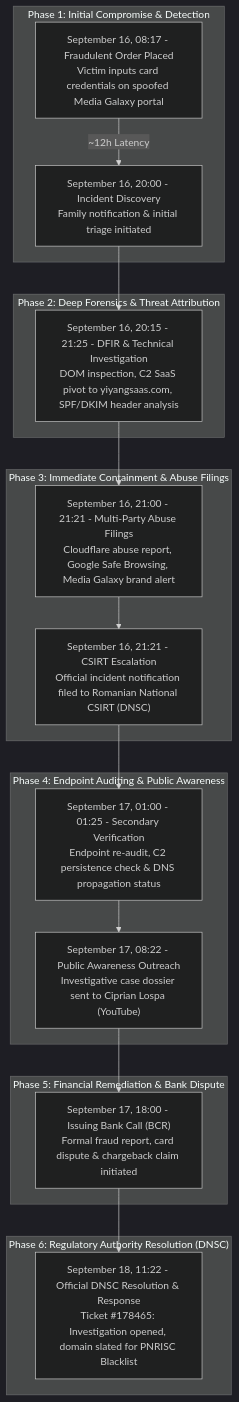
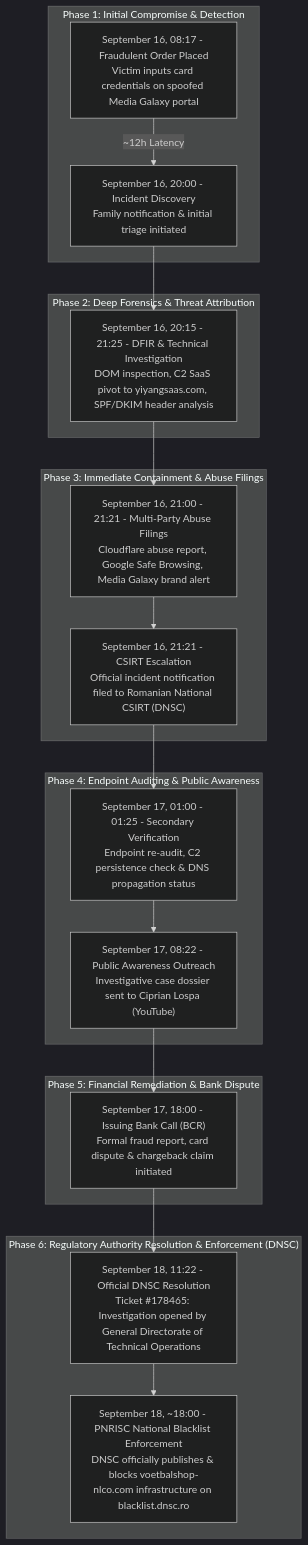
The second of 2 diagrams in cyber/mediagalaxy-ecommerce-fraud-forensics/README.md (stefanutc1/infrastructure), drawn with Mermaid (dark theme) before and after one commit. The commit also changed other lines of this file and 16 other files, not shown here.

Commit message:
feat(cyber): confirm and enforce DNSC PNRISC blacklisting of Media Galaxy phishing cluster (voetbalshop-nlco.com)

````diff
--- a/cyber/mediagalaxy-ecommerce-fraud-forensics/README.md
+++ b/cyber/mediagalaxy-ecommerce-fraud-forensics/README.md
@@ -77,37 +77,39 @@
 ```mermaid
 flowchart TD
     subgraph P1["Phase 1: Initial Compromise & Detection"]
         A["September 16, 08:17 - Fraudulent Order Placed<br/>Victim inputs card credentials on spoofed Media Galaxy portal"]
         B["September 16, 20:00 - Incident Discovery<br/>Family notification & initial triage initiated"]
         A -->|~12h Latency| B
     end
 
     subgraph P2["Phase 2: Deep Forensics & Threat Attribution"]
         C["September 16, 20:15 - 21:25 - DFIR & Technical Investigation<br/>DOM inspection, C2 SaaS pivot to yiyangsaas.com, SPF/DKIM header analysis"]
         B --> C
     end
 
     subgraph P3["Phase 3: Immediate Containment & Abuse Filings"]
         D["September 16, 21:00 - 21:21 - Multi-Party Abuse Filings<br/>Cloudflare abuse report, Google Safe Browsing, Media Galaxy brand alert"]
         E["September 16, 21:21 - CSIRT Escalation<br/>Official incident notification filed to Romanian National CSIRT (DNSC)"]
         C --> D
         D --> E
     end
 
     subgraph P4["Phase 4: Endpoint Auditing & Public Awareness"]
         F["September 17, 01:00 - 01:25 - Secondary Verification<br/>Endpoint re-audit, C2 persistence check & DNS propagation status"]
         G["September 17, 08:22 - Public Awareness Outreach<br/>Investigative case dossier sent to Ciprian Lospa (YouTube)"]
         E --> F
         F --> G
     end
 
     subgraph P5["Phase 5: Financial Remediation & Bank Dispute"]
         H["September 17, 18:00 - Issuing Bank Call (BCR)<br/>Formal fraud report, card dispute & chargeback claim initiated"]
         G --> H
     end
 
-    subgraph P6["Phase 6: Regulatory Authority Resolution (DNSC)"]
-        I["September 18, 11:22 - Official DNSC Resolution & Response<br/>Ticket #178465: Investigation opened, domain slated for PNRISC Blacklist"]
+    subgraph P6["Phase 6: Regulatory Authority Resolution & Enforcement (DNSC)"]
+        I["September 18, 11:22 - Official DNSC Resolution<br/>Ticket #178465: Investigation opened by General Directorate of Technical Operations"]
+        J["September 18, ~18:00 - PNRISC National Blacklist Enforcement<br/>DNSC officially publishes & blocks voetbalshop-nlco.com infrastructure on blacklist.dnsc.ro"]
         H --> I
+        I --> J
     end
 ```
````
